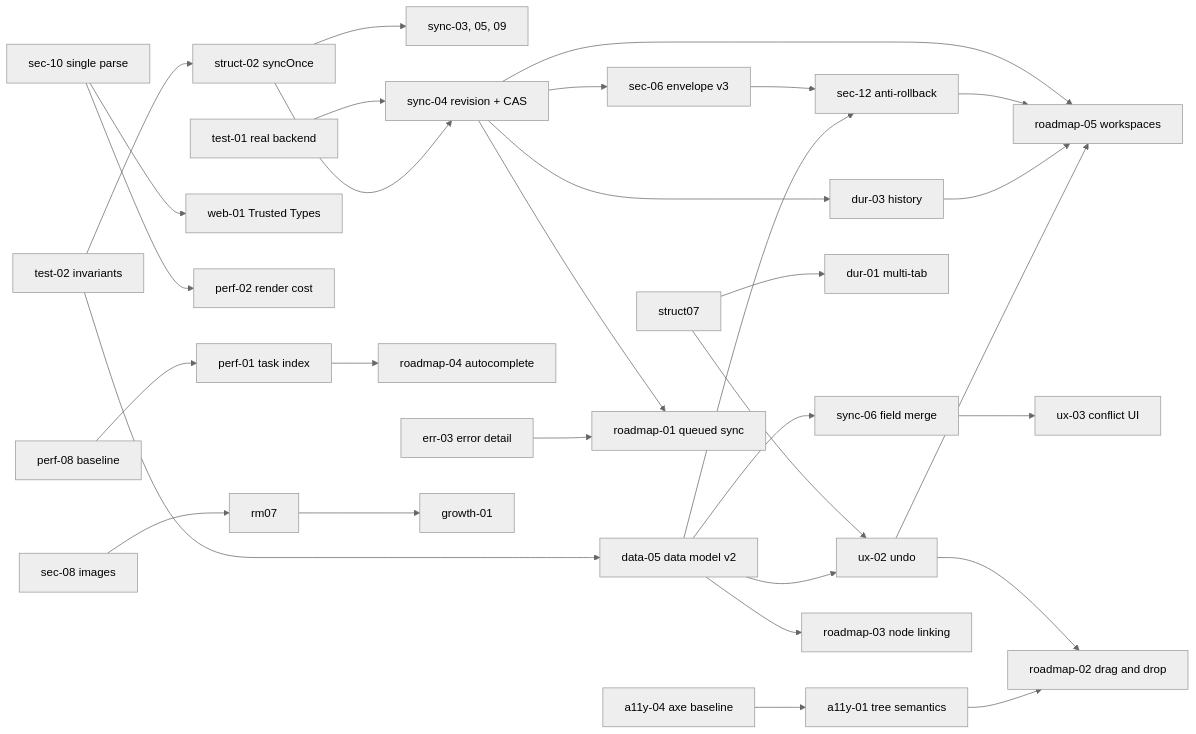
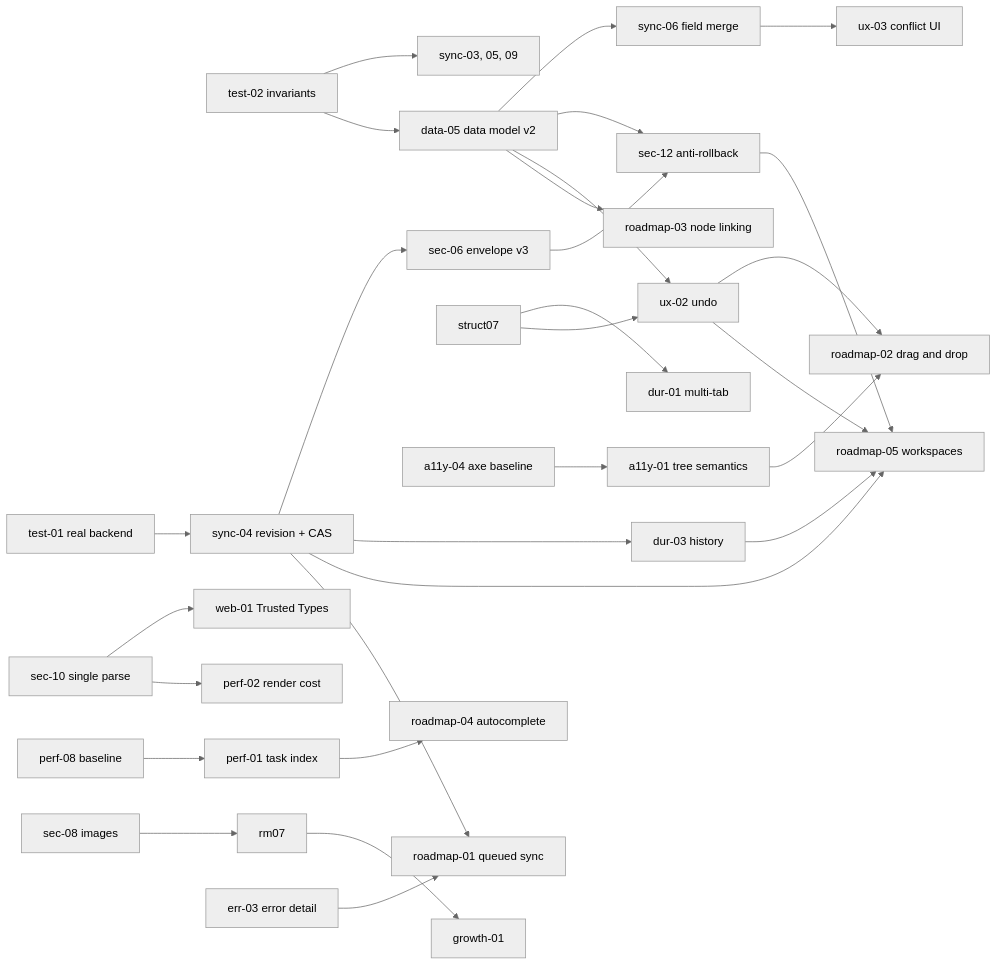
The second of 2 diagrams in docs/review/README.md (pitermarx/Virgulas), drawn with Mermaid (neutral theme) before and after one commit. The commit also changed other lines of this file and 12 other files, not shown here.

First line of the commit message:
docs(review): remove the merged struct-02 item and true up the roadmap

````diff
--- a/docs/review/README.md
+++ b/docs/review/README.md
@@ -62,34 +62,32 @@
 ```mermaid
 flowchart LR
-  test02["test-02 invariants"] --> struct02["struct-02 syncOnce"]
-  struct02 --> syncfix["sync-03, 05, 09"]
+  test02["test-02 invariants"] --> syncfix["sync-03, 05, 09"]
   test01["test-01 real backend"] --> sync04["sync-04 revision + CAS"]
-  struct02 --> sync04
   sync04 --> sec06["sec-06 envelope v3"]
   sec06 --> sec12["sec-12 anti-rollback"]
   test02 --> data05["data-05 data model v2"]
   data05 --> sync06["sync-06 field merge"]
   sync06 --> ux03["ux-03 conflict UI"]
   data05 --> sec12
   sync04 --> dur03["dur-03 history"]
   struct07 --> dur01["dur-01 multi-tab"]
   struct07 --> ux02["ux-02 undo"]
   data05 --> ux02
   sec10["sec-10 single parse"] --> web01["web-01 Trusted Types"]
   sec10 --> perf02["perf-02 render cost"]
   a11y01["a11y-01 tree semantics"]
   a11y04["a11y-04 axe baseline"] --> a11y01
   perf08["perf-08 baseline"] --> perf01["perf-01 task index"]
   perf01 --> rm04["roadmap-04 autocomplete"]
   sec08["sec-08 images"] --> rm07
   ux02 --> rm02["roadmap-02 drag and drop"]
   a11y01 --> rm02
   sync04 --> rm05["roadmap-05 workspaces"]
   sec12 --> rm05
   dur03 --> rm05
   ux02 --> rm05
   sync04 --> rm01["roadmap-01 queued sync"]
   err03["err-03 error detail"] --> rm01
   data05 --> rm03["roadmap-03 node linking"]
   rm07 --> growth["growth-01"]
 ```
````
